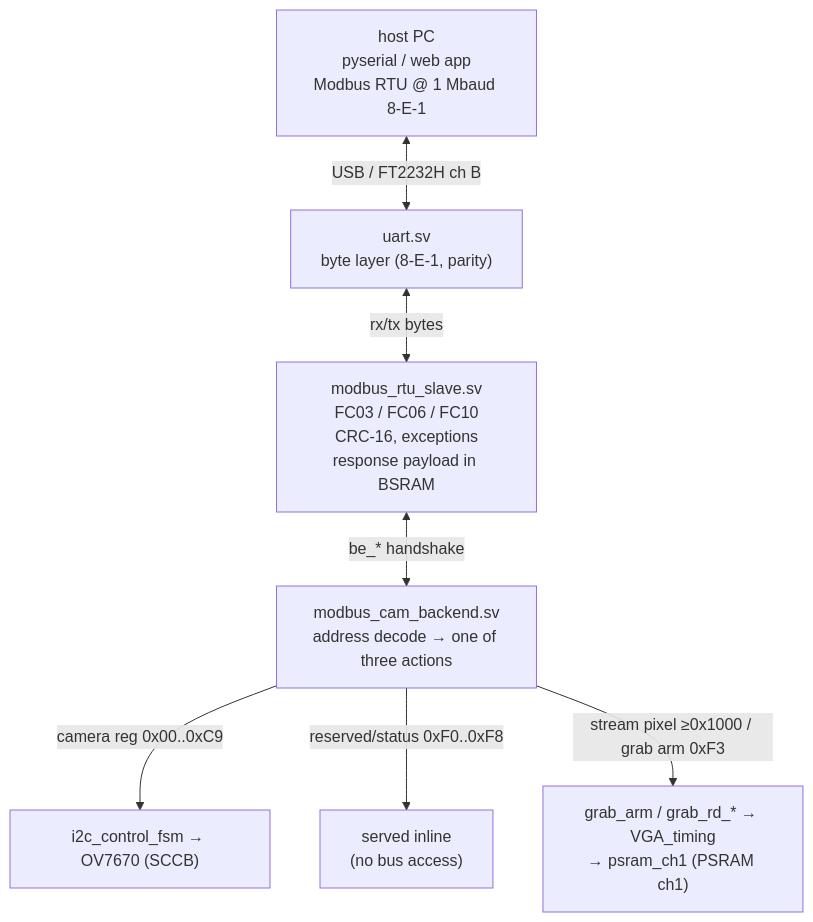
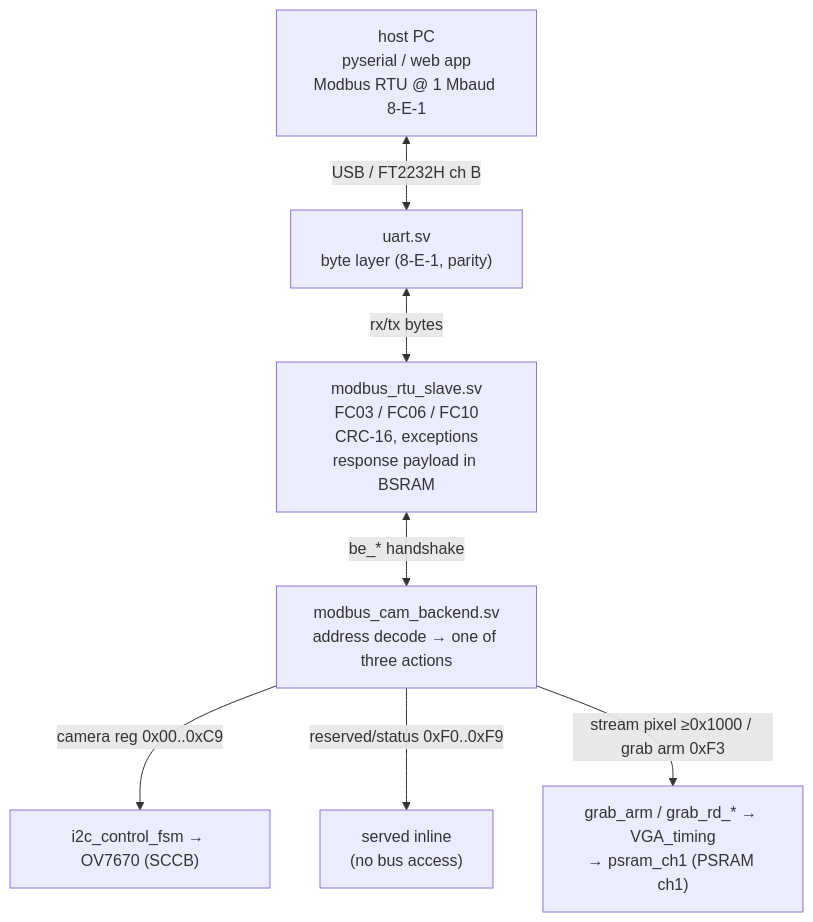
One commit to phoenix367/tang_nano_9K_ov7670 changed the first of 3 diagrams in doc/modbus_server.md. Above: the diagram before and after it, drawn with Mermaid. The commit also changed other lines of this file and 3 other files, not shown here.

````diff
--- a/doc/modbus_server.md
+++ b/doc/modbus_server.md
@@ -19,17 +19,17 @@
 ```mermaid
 flowchart TB
     HOST["host PC<br/>pyserial / web app<br/>Modbus RTU @ 1 Mbaud 8-E-1"]
     UART["uart.sv<br/>byte layer (8-E-1, parity)"]
     SLAVE["modbus_rtu_slave.sv<br/>FC03 / FC06 / FC10<br/>CRC-16, exceptions<br/>response payload in BSRAM"]
     BE["modbus_cam_backend.sv<br/>address decode → one of three actions"]
     I2C["i2c_control_fsm → OV7670 (SCCB)"]
     RES["served inline<br/>(no bus access)"]
     CH1["grab_arm / grab_rd_* → VGA_timing<br/>→ psram_ch1 (PSRAM ch1)"]
 
     HOST <-->|"USB / FT2232H ch B"| UART
     UART <-->|"rx/tx bytes"| SLAVE
     SLAVE <-->|"be_* handshake"| BE
     BE -->|"camera reg 0x00..0xC9"| I2C
-    BE -->|"reserved/status 0xF0..0xF8"| RES
+    BE -->|"reserved/status 0xF0..0xF9"| RES
     BE -->|"stream pixel ≥0x1000 / grab arm 0xF3"| CH1
 ```
````
